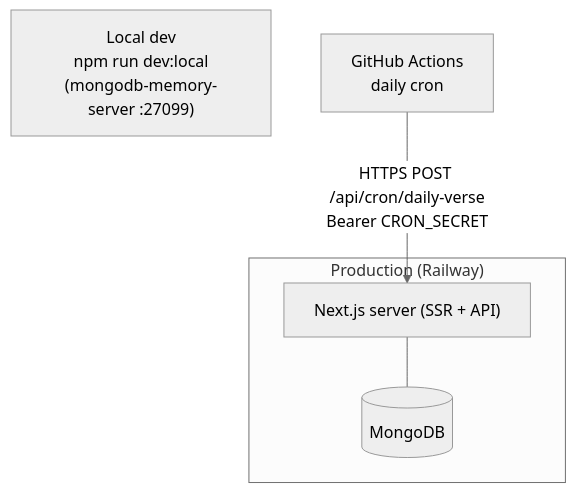
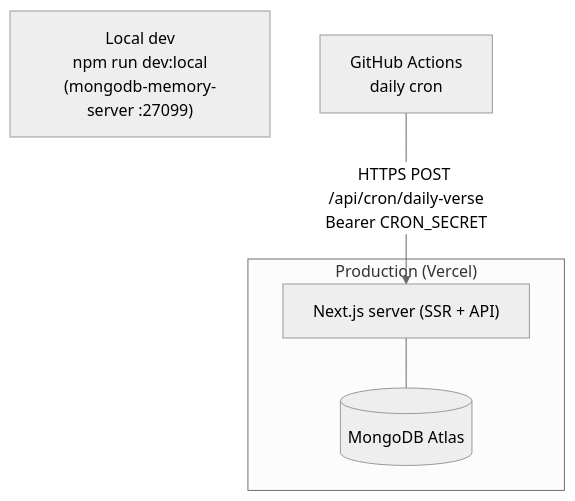
Before and after one commit to dooddles07/CYA-DV: the diagram in docs/DEPLOYMENT.md, drawn with Mermaid (neutral theme). The commit also changed other lines of this file and 37 other files, not shown here.

Commit message:
fix(security): rate-limit remaining write endpoints, add CSRF double-submit token, admin audit log; fix(deps): patch brace-expansion DoS; add CI workflow + Playwright E2E smoke test; docs: sync to Vercel/Atlas hosting, credit LICENSE

````diff
--- a/docs/DEPLOYMENT.md
+++ b/docs/DEPLOYMENT.md
@@ -83,11 +83,11 @@
 ```mermaid
 graph TB
   Dev["Local dev<br/>npm run dev:local<br/>(mongodb-memory-server :27099)"]
-  subgraph Prod["Production (Railway)"]
+  subgraph Prod["Production (Vercel)"]
     App["Next.js server (SSR + API)"]
-    Mongo[("MongoDB")]
+    Mongo[("MongoDB Atlas")]
   end
   GH["GitHub Actions<br/>daily cron"]
   App --- Mongo
   GH -->|HTTPS POST /api/cron/daily-verse<br/>Bearer CRON_SECRET| App
 ```
````
